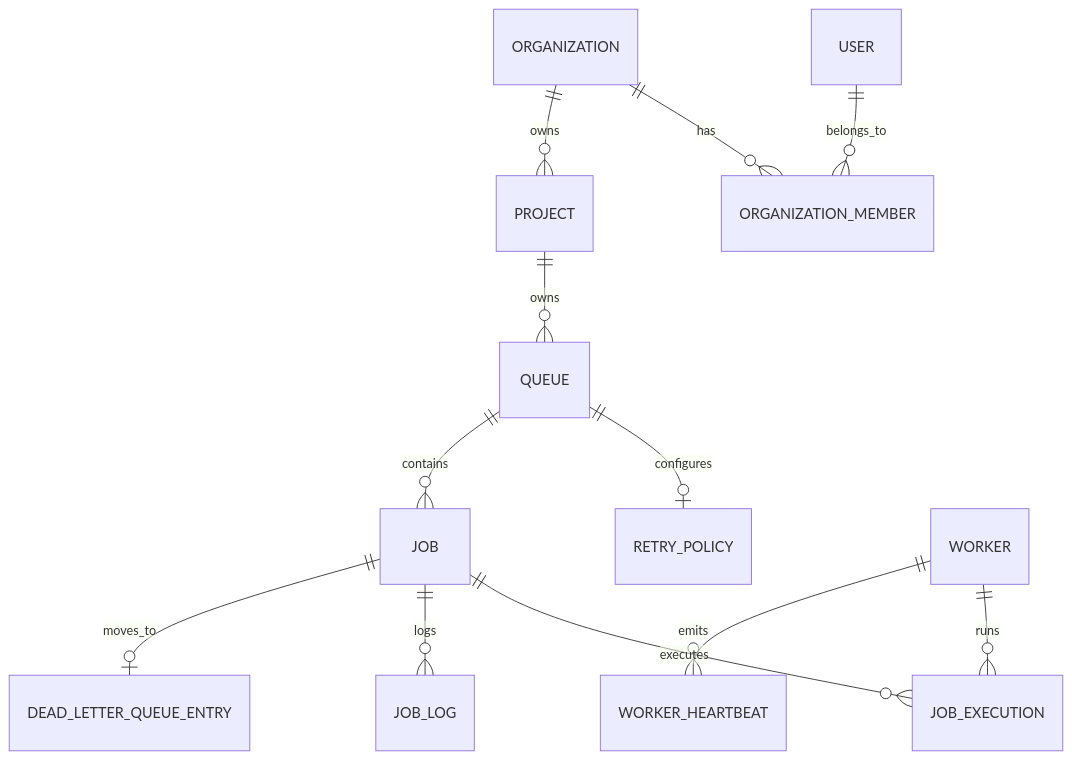
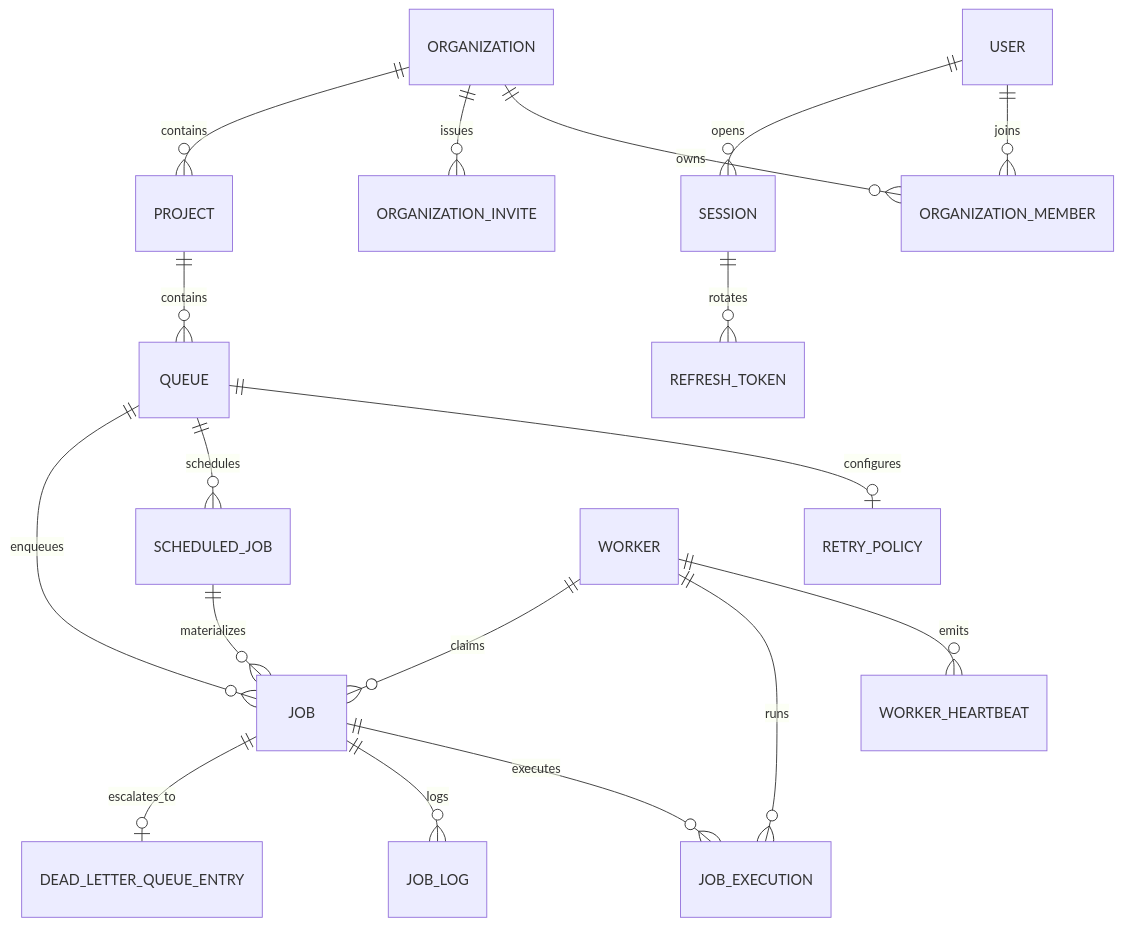
Before and after one commit to namanmahajan2020/Distributed-Job-Scheduler: the diagram in docs/er-diagram.md, drawn with Mermaid. The commit also changed other lines of this file and 16 other files, not shown here.

````diff
--- a/docs/er-diagram.md
+++ b/docs/er-diagram.md
@@ -3,14 +3,20 @@
 ```mermaid
 erDiagram
-  USER ||--o{ ORGANIZATION_MEMBER : belongs_to
-  ORGANIZATION ||--o{ ORGANIZATION_MEMBER : has
-  ORGANIZATION ||--o{ PROJECT : owns
-  PROJECT ||--o{ QUEUE : owns
+  USER ||--o{ ORGANIZATION_MEMBER : joins
+  ORGANIZATION ||--o{ ORGANIZATION_MEMBER : owns
+  ORGANIZATION ||--o{ ORGANIZATION_INVITE : issues
+  ORGANIZATION ||--o{ PROJECT : contains
+  PROJECT ||--o{ QUEUE : contains
   QUEUE ||--o| RETRY_POLICY : configures
-  QUEUE ||--o{ JOB : contains
+  QUEUE ||--o{ SCHEDULED_JOB : schedules
+  QUEUE ||--o{ JOB : enqueues
+  SCHEDULED_JOB ||--o{ JOB : materializes
   JOB ||--o{ JOB_EXECUTION : executes
   JOB ||--o{ JOB_LOG : logs
-  JOB ||--o| DEAD_LETTER_QUEUE_ENTRY : moves_to
+  JOB ||--o| DEAD_LETTER_QUEUE_ENTRY : escalates_to
+  WORKER ||--o{ WORKER_HEARTBEAT : emits
   WORKER ||--o{ JOB_EXECUTION : runs
-  WORKER ||--o{ WORKER_HEARTBEAT : emits
+  WORKER ||--o{ JOB : claims
+  USER ||--o{ SESSION : opens
+  SESSION ||--o{ REFRESH_TOKEN : rotates
 ```
````
